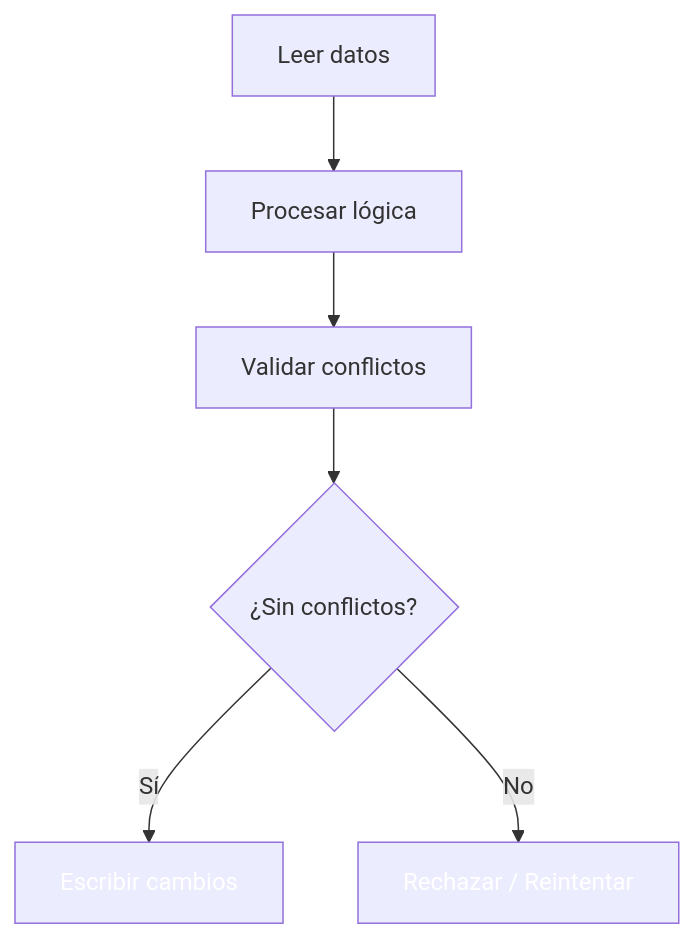
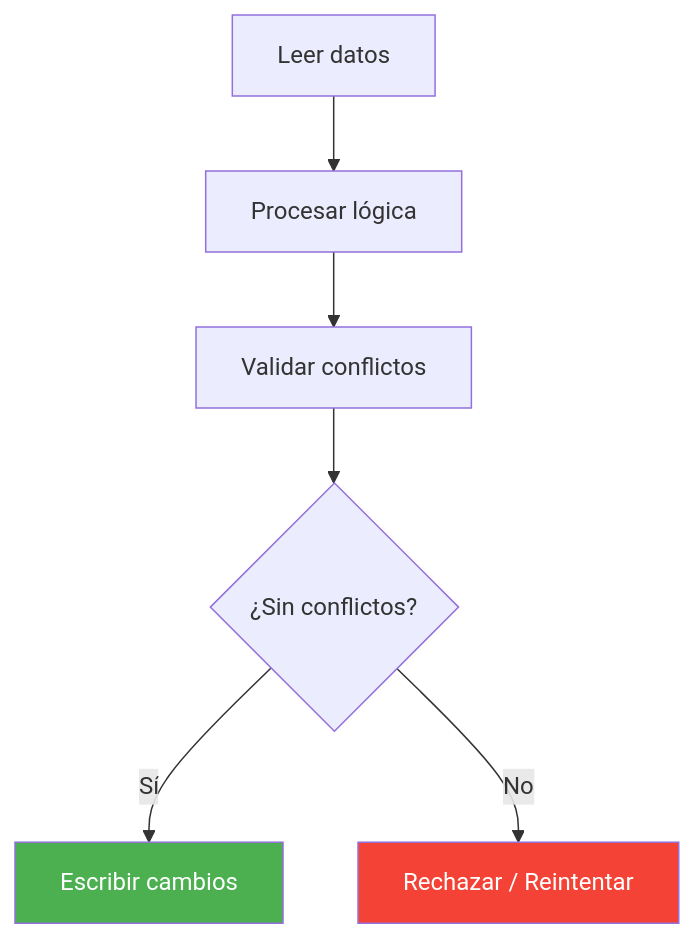
Before and after one commit to joseluisgs/DesarrolloWebEntornosServidor-02-2026-2027: the fourth of 8 diagrams in 15-transacciones-identificadores.md, drawn with Mermaid. The commit also changed other lines of this file and 29 other files, not shown here.

Commit message:
docs: corregir estilos Mermaid y estilo, quitar referencias a la Tienda y reestructurar los retos 13 y 15

````diff
--- a/15-transacciones-identificadores.md
+++ b/15-transacciones-identificadores.md
@@ -145,10 +148,10 @@
 ```mermaid
 flowchart TD
     A["Leer datos"] --> B["Procesar lógica"]
     B --> C["Validar conflictos"]
     C --> D{"¿Sin conflictos?"}
     D -->|Sí| E["Escribir cambios"]
     D -->|No| F["Rechazar / Reintentar"]
-    style E fill:#4CAF5,color:#fff0,color:#fff
-    style F fill:#F4433,color:#fff6,color:#fff
+    style E fill:#4CAF50,color:#fff
+    style F fill:#F44336,color:#fff
 ```
````
